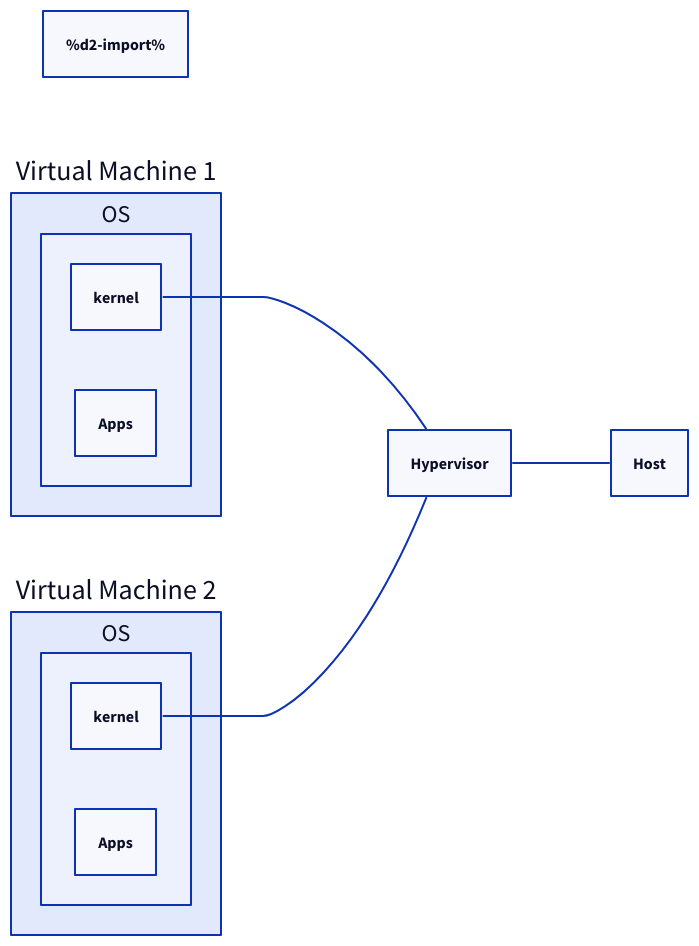
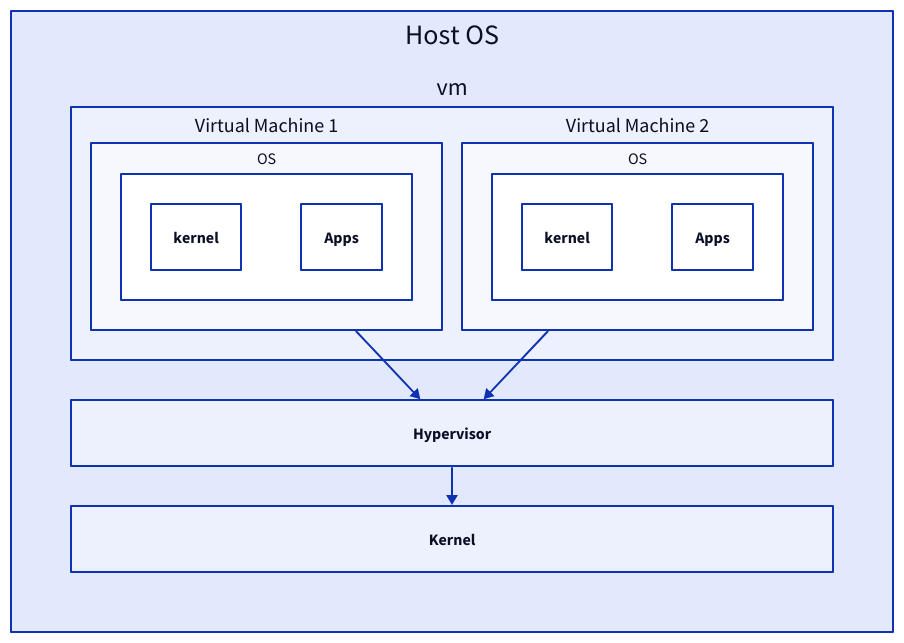
The fourth of 25 diagrams in content/docs/system-administration/system-deployment/containerization.md (link1905/system-design-101), drawn with D2 before and after one commit. The commit also changed other lines of this file and 9 other files, not shown here.

````diff
--- a/content/docs/system-administration/system-deployment/containerization.md
+++ b/content/docs/system-administration/system-deployment/containerization.md
@@ -118,33 +122,36 @@
 ```d2
-%d2-import%
-direction: right
-h: Host {
-    class: kernel
-}
-hy: Hypervisor {
-    class: process
-}
-vm1: Virtual Machine 1 {
-  OS {
-    k: kernel {
-        class: kernel
+Host OS {
+  grid-columns: 1
+  vm {
+    vm1: Virtual Machine 1 {
+      OS {
+        k: kernel {
+            class: kernel
+        }
+        Apps {
+            class: process
+        }
+      }
     }
-    Apps {
-        class: process
+    vm2: Virtual Machine 2 {
+      OS {
+        k: kernel {
+            class: kernel
+        }
+        Apps {
+            class: process
+        }
+      }
     }
   }
+  hy: Hypervisor {
+    class: process
+  }
+  k: Kernel {
+    class: kernel
+  }
+  vm.vm1 -> hy
+  vm.vm2 -> hy
+  hy -> k
 }
-vm2: Virtual Machine 2 {
-  OS {
-    k: kernel {
-        class: kernel
-    }
-    Apps {
-        class: process
-    }
-  }
-}
-vm1.OS.k -- hy
-vm2.OS.k -- hy
-hy -- h
 ```
````
